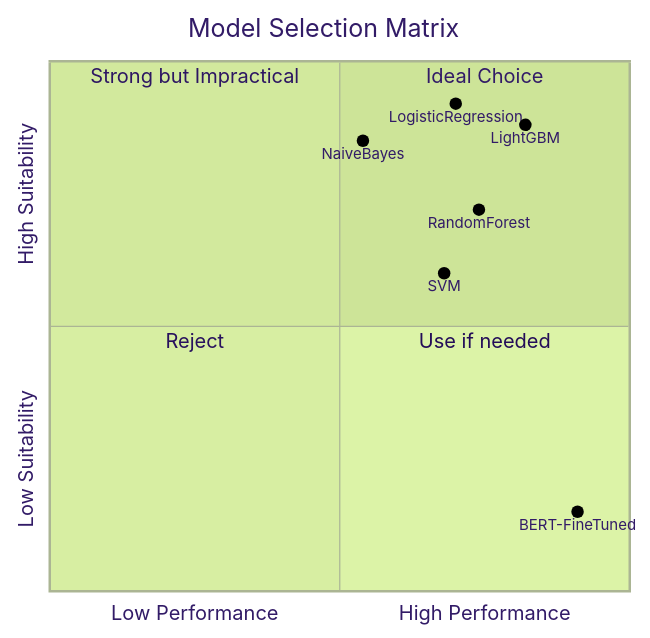
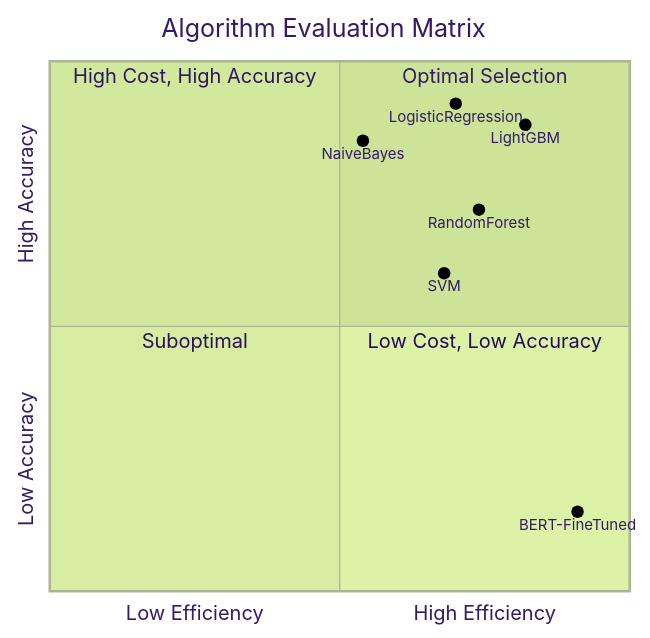
Before and after one commit to yogeshravi19/cliniguard: the tenth of 19 diagrams in CLINIGUARD_Project_Documentation_Report.md, drawn with Mermaid (forest theme). The commit also changed other lines of this file and 1 other file, not shown here.

````diff
--- a/CLINIGUARD_Project_Documentation_Report.md
+++ b/CLINIGUARD_Project_Documentation_Report.md
@@ -489,16 +466,16 @@
 ```mermaid
 quadrantChart
-    title Model Selection Matrix
-    x-axis Low Performance --> High Performance
-    y-axis Low Suitability --> High Suitability
-    quadrant-1 Ideal Choice
-    quadrant-2 Strong but Impractical
-    quadrant-3 Reject
-    quadrant-4 Use if needed
+    title Algorithm Evaluation Matrix
+    x-axis Low Efficiency --> High Efficiency
+    y-axis Low Accuracy --> High Accuracy
+    quadrant-1 Optimal Selection
+    quadrant-2 High Cost, High Accuracy
+    quadrant-3 Suboptimal
+    quadrant-4 Low Cost, Low Accuracy
     LightGBM: [0.82, 0.88]
     LogisticRegression: [0.70, 0.92]
     RandomForest: [0.74, 0.72]
     SVM: [0.68, 0.60]
     NaiveBayes: [0.54, 0.85]
     BERT-FineTuned: [0.91, 0.15]
 ```
````
